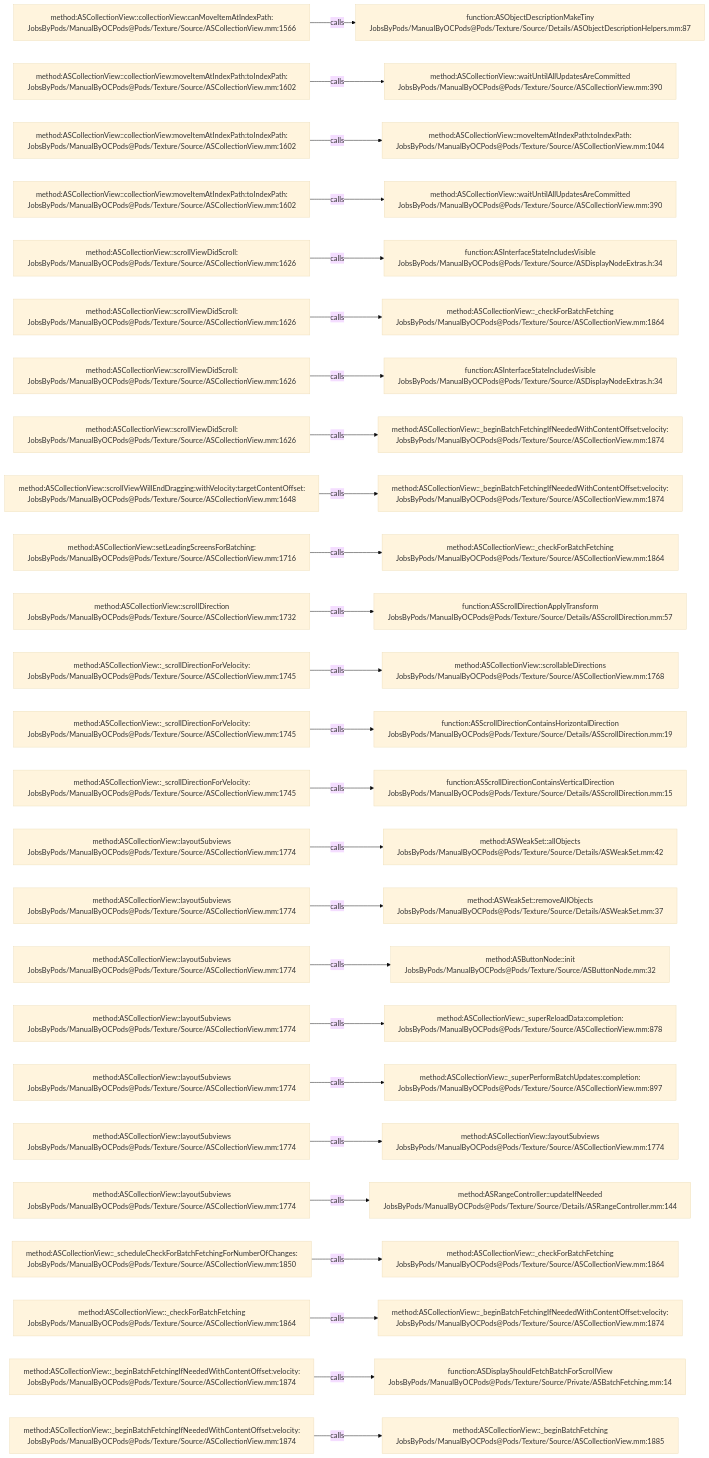
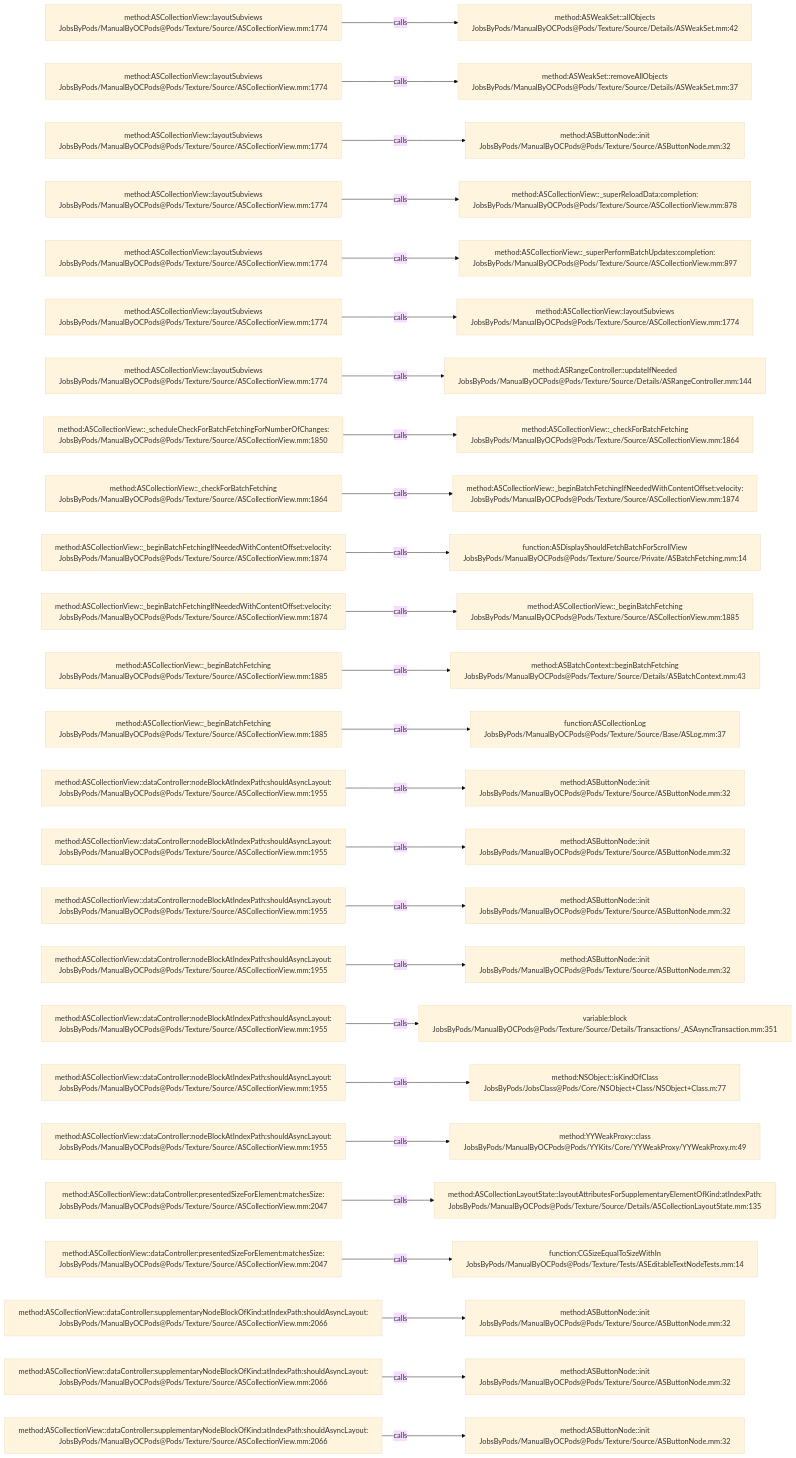
One commit to JobsKits/JobsOCBaseConfigDemo changed the diagram in .codegraph/codegraph.md/graphs/calls-084.md. Above: the diagram before and after it, drawn with Mermaid (base theme). The commit also changed 296 other files, not shown here.

````diff
--- a/.codegraph/codegraph.md/graphs/calls-084.md
+++ b/.codegraph/codegraph.md/graphs/calls-084.md
@@ -13,78 +13,78 @@
 ```mermaid
 flowchart LR
-  S1["method:ASCollectionView::collectionView:canMoveItemAtIndexPath:<br/>JobsByPods/ManualByOCPods@Pods/Texture/Source/ASCollectionView.mm:1566"]
-  T1["function:ASObjectDescriptionMakeTiny<br/>JobsByPods/ManualByOCPods@Pods/Texture/Source/Details/ASObjectDescriptionHelpers.mm:87"]
+  S1["method:ASCollectionView::layoutSubviews<br/>JobsByPods/ManualByOCPods@Pods/Texture/Source/ASCollectionView.mm:1774"]
+  T1["method:ASWeakSet::allObjects<br/>JobsByPods/ManualByOCPods@Pods/Texture/Source/Details/ASWeakSet.mm:42"]
   S1 -->|calls| T1
-  S2["method:ASCollectionView::collectionView:moveItemAtIndexPath:toIndexPath:<br/>JobsByPods/ManualByOCPods@Pods/Texture/Source/ASCollectionView.mm:1602"]
-  T2["method:ASCollectionView::waitUntilAllUpdatesAreCommitted<br/>JobsByPods/ManualByOCPods@Pods/Texture/Source/ASCollectionView.mm:390"]
+  S2["method:ASCollectionView::layoutSubviews<br/>JobsByPods/ManualByOCPods@Pods/Texture/Source/ASCollectionView.mm:1774"]
+  T2["method:ASWeakSet::removeAllObjects<br/>JobsByPods/ManualByOCPods@Pods/Texture/Source/Details/ASWeakSet.mm:37"]
   S2 -->|calls| T2
-  S3["method:ASCollectionView::collectionView:moveItemAtIndexPath:toIndexPath:<br/>JobsByPods/ManualByOCPods@Pods/Texture/Source/ASCollectionView.mm:1602"]
-  T3["method:ASCollectionView::moveItemAtIndexPath:toIndexPath:<br/>JobsByPods/ManualByOCPods@Pods/Texture/Source/ASCollectionView.mm:1044"]
+  S3["method:ASCollectionView::layoutSubviews<br/>JobsByPods/ManualByOCPods@Pods/Texture/Source/ASCollectionView.mm:1774"]
+  T3["method:ASButtonNode::init<br/>JobsByPods/ManualByOCPods@Pods/Texture/Source/ASButtonNode.mm:32"]
   S3 -->|calls| T3
-  S4["method:ASCollectionView::collectionView:moveItemAtIndexPath:toIndexPath:<br/>JobsByPods/ManualByOCPods@Pods/Texture/Source/ASCollectionView.mm:1602"]
-  T4["method:ASCollectionView::waitUntilAllUpdatesAreCommitted<br/>JobsByPods/ManualByOCPods@Pods/Texture/Source/ASCollectionView.mm:390"]
+  S4["method:ASCollectionView::layoutSubviews<br/>JobsByPods/ManualByOCPods@Pods/Texture/Source/ASCollectionView.mm:1774"]
+  T4["method:ASCollectionView::_superReloadData:completion:<br/>JobsByPods/ManualByOCPods@Pods/Texture/Source/ASCollectionView.mm:878"]
   S4 -->|calls| T4
-  S5["method:ASCollectionView::scrollViewDidScroll:<br/>JobsByPods/ManualByOCPods@Pods/Texture/Source/ASCollectionView.mm:1626"]
-  T5["function:ASInterfaceStateIncludesVisible<br/>JobsByPods/ManualByOCPods@Pods/Texture/Source/ASDisplayNodeExtras.h:34"]
+  S5["method:ASCollectionView::layoutSubviews<br/>JobsByPods/ManualByOCPods@Pods/Texture/Source/ASCollectionView.mm:1774"]
+  T5["method:ASCollectionView::_superPerformBatchUpdates:completion:<br/>JobsByPods/ManualByOCPods@Pods/Texture/Source/ASCollectionView.mm:897"]
   S5 -->|calls| T5
-  S6["method:ASCollectionView::scrollViewDidScroll:<br/>JobsByPods/ManualByOCPods@Pods/Texture/Source/ASCollectionView.mm:1626"]
-  T6["method:ASCollectionView::_checkForBatchFetching<br/>JobsByPods/ManualByOCPods@Pods/Texture/Source/ASCollectionView.mm:1864"]
+  S6["method:ASCollectionView::layoutSubviews<br/>JobsByPods/ManualByOCPods@Pods/Texture/Source/ASCollectionView.mm:1774"]
+  T6["method:ASCollectionView::layoutSubviews<br/>JobsByPods/ManualByOCPods@Pods/Texture/Source/ASCollectionView.mm:1774"]
   S6 -->|calls| T6
-  S7["method:ASCollectionView::scrollViewDidScroll:<br/>JobsByPods/ManualByOCPods@Pods/Texture/Source/ASCollectionView.mm:1626"]
-  T7["function:ASInterfaceStateIncludesVisible<br/>JobsByPods/ManualByOCPods@Pods/Texture/Source/ASDisplayNodeExtras.h:34"]
+  S7["method:ASCollectionView::layoutSubviews<br/>JobsByPods/ManualByOCPods@Pods/Texture/Source/ASCollectionView.mm:1774"]
+  T7["method:ASRangeController::updateIfNeeded<br/>JobsByPods/ManualByOCPods@Pods/Texture/Source/Details/ASRangeController.mm:144"]
   S7 -->|calls| T7
-  S8["method:ASCollectionView::scrollViewDidScroll:<br/>JobsByPods/ManualByOCPods@Pods/Texture/Source/ASCollectionView.mm:1626"]
-  T8["method:ASCollectionView::_beginBatchFetchingIfNeededWithContentOffset:velocity:<br/>JobsByPods/ManualByOCPods@Pods/Texture/Source/ASCollectionView.mm:1874"]
+  S8["method:ASCollectionView::_scheduleCheckForBatchFetchingForNumberOfChanges:<br/>JobsByPods/ManualByOCPods@Pods/Texture/Source/ASCollectionView.mm:1850"]
+  T8["method:ASCollectionView::_checkForBatchFetching<br/>JobsByPods/ManualByOCPods@Pods/Texture/Source/ASCollectionView.mm:1864"]
   S8 -->|calls| T8
-  S9["method:ASCollectionView::scrollViewWillEndDragging:withVelocity:targetContentOffset:<br/>JobsByPods/ManualByOCPods@Pods/Texture/Source/ASCollectionView.mm:1648"]
+  S9["method:ASCollectionView::_checkForBatchFetching<br/>JobsByPods/ManualByOCPods@Pods/Texture/Source/ASCollectionView.mm:1864"]
   T9["method:ASCollectionView::_beginBatchFetchingIfNeededWithContentOffset:velocity:<br/>JobsByPods/ManualByOCPods@Pods/Texture/Source/ASCollectionView.mm:1874"]
   S9 -->|calls| T9
-  S10["method:ASCollectionView::setLeadingScreensForBatching:<br/>JobsByPods/ManualByOCPods@Pods/Texture/Source/ASCollectionView.mm:1716"]
-  T10["method:ASCollectionView::_checkForBatchFetching<br/>JobsByPods/ManualByOCPods@Pods/Texture/Source/ASCollectionView.mm:1864"]
+  S10["method:ASCollectionView::_beginBatchFetchingIfNeededWithContentOffset:velocity:<br/>JobsByPods/ManualByOCPods@Pods/Texture/Source/ASCollectionView.mm:1874"]
+  T10["function:ASDisplayShouldFetchBatchForScrollView<br/>JobsByPods/ManualByOCPods@Pods/Texture/Source/Private/ASBatchFetching.mm:14"]
   S10 -->|calls| T10
-  S11["method:ASCollectionView::scrollDirection<br/>JobsByPods/ManualByOCPods@Pods/Texture/Source/ASCollectionView.mm:1732"]
-  T11["function:ASScrollDirectionApplyTransform<br/>JobsByPods/ManualByOCPods@Pods/Texture/Source/Details/ASScrollDirection.mm:57"]
+  S11["method:ASCollectionView::_beginBatchFetchingIfNeededWithContentOffset:velocity:<br/>JobsByPods/ManualByOCPods@Pods/Texture/Source/ASCollectionView.mm:1874"]
+  T11["method:ASCollectionView::_beginBatchFetching<br/>JobsByPods/ManualByOCPods@Pods/Texture/Source/ASCollectionView.mm:1885"]
   S11 -->|calls| T11
-  S12["method:ASCollectionView::_scrollDirectionForVelocity:<br/>JobsByPods/ManualByOCPods@Pods/Texture/Source/ASCollectionView.mm:1745"]
-  T12["method:ASCollectionView::scrollableDirections<br/>JobsByPods/ManualByOCPods@Pods/Texture/Source/ASCollectionView.mm:1768"]
+  S12["method:ASCollectionView::_beginBatchFetching<br/>JobsByPods/ManualByOCPods@Pods/Texture/Source/ASCollectionView.mm:1885"]
+  T12["method:ASBatchContext::beginBatchFetching<br/>JobsByPods/ManualByOCPods@Pods/Texture/Source/Details/ASBatchContext.mm:43"]
   S12 -->|calls| T12
-  S13["method:ASCollectionView::_scrollDirectionForVelocity:<br/>JobsByPods/ManualByOCPods@Pods/Texture/Source/ASCollectionView.mm:1745"]
-  T13["function:ASScrollDirectionContainsHorizontalDirection<br/>JobsByPods/ManualByOCPods@Pods/Texture/Source/Details/ASScrollDirection.mm:19"]
+  S13["method:ASCollectionView::_beginBatchFetching<br/>JobsByPods/ManualByOCPods@Pods/Texture/Source/ASCollectionView.mm:1885"]
+  T13["function:ASCollectionLog<br/>JobsByPods/ManualByOCPods@Pods/Texture/Source/Base/ASLog.mm:37"]
   S13 -->|calls| T13
-  S14["method:ASCollectionView::_scrollDirectionForVelocity:<br/>JobsByPods/ManualByOCPods@Pods/Texture/Source/ASCollectionView.mm:1745"]
-  T14["function:ASScrollDirectionContainsVerticalDirection<br/>JobsByPods/ManualByOCPods@Pods/Texture/Source/Details/ASScrollDirection.mm:15"]
+  S14["method:ASCollectionView::dataController:nodeBlockAtIndexPath:shouldAsyncLayout:<br/>JobsByPods/ManualByOCPods@Pods/Texture/Source/ASCollectionView.mm:1955"]
+  T14["method:ASButtonNode::init<br/>JobsByPods/ManualByOCPods@Pods/Texture/Source/ASButtonNode.mm:32"]
   S14 -->|calls| T14
-  S15["method:ASCollectionView::layoutSubviews<br/>JobsByPods/ManualByOCPods@Pods/Texture/Source/ASCollectionView.mm:1774"]
-  T15["method:ASWeakSet::allObjects<br/>JobsByPods/ManualByOCPods@Pods/Texture/Source/Details/ASWeakSet.mm:42"]
+  S15["method:ASCollectionView::dataController:nodeBlockAtIndexPath:shouldAsyncLayout:<br/>JobsByPods/ManualByOCPods@Pods/Texture/Source/ASCollectionView.mm:1955"]
+  T15["method:ASButtonNode::init<br/>JobsByPods/ManualByOCPods@Pods/Texture/Source/ASButtonNode.mm:32"]
   S15 -->|calls| T15
-  S16["method:ASCollectionView::layoutSubviews<br/>JobsByPods/ManualByOCPods@Pods/Texture/Source/ASCollectionView.mm:1774"]
-  T16["method:ASWeakSet::removeAllObjects<br/>JobsByPods/ManualByOCPods@Pods/Texture/Source/Details/ASWeakSet.mm:37"]
+  S16["method:ASCollectionView::dataController:nodeBlockAtIndexPath:shouldAsyncLayout:<br/>JobsByPods/ManualByOCPods@Pods/Texture/Source/ASCollectionView.mm:1955"]
+  T16["method:ASButtonNode::init<br/>JobsByPods/ManualByOCPods@Pods/Texture/Source/ASButtonNode.mm:32"]
   S16 -->|calls| T16
-  S17["method:ASCollectionView::layoutSubviews<br/>JobsByPods/ManualByOCPods@Pods/Texture/Source/ASCollectionView.mm:1774"]
+  S17["method:ASCollectionView::dataController:nodeBlockAtIndexPath:shouldAsyncLayout:<br/>JobsByPods/ManualByOCPods@Pods/Texture/Source/ASCollectionView.mm:1955"]
   T17["method:ASButtonNode::init<br/>JobsByPods/ManualByOCPods@Pods/Texture/Source/ASButtonNode.mm:32"]
   S17 -->|calls| T17
-  S18["method:ASCollectionView::layoutSubviews<br/>JobsByPods/ManualByOCPods@Pods/Texture/Source/ASCollectionView.mm:1774"]
-  T18["method:ASCollectionView::_superReloadData:completion:<br/>JobsByPods/ManualByOCPods@Pods/Texture/Source/ASCollectionView.mm:878"]
+  S18["method:ASCollectionView::dataController:nodeBlockAtIndexPath:shouldAsyncLayout:<br/>JobsByPods/ManualByOCPods@Pods/Texture/Source/ASCollectionView.mm:1955"]
+  T18["variable:block<br/>JobsByPods/ManualByOCPods@Pods/Texture/Source/Details/Transactions/_ASAsyncTransaction.mm:351"]
   S18 -->|calls| T18
-  S19["method:ASCollectionView::layoutSubviews<br/>JobsByPods/ManualByOCPods@Pods/Texture/Source/ASCollectionView.mm:1774"]
-  T19["method:ASCollectionView::_superPerformBatchUpdates:completion:<br/>JobsByPods/ManualByOCPods@Pods/Texture/Source/ASCollectionView.mm:897"]
+  S19["method:ASCollectionView::dataController:nodeBlockAtIndexPath:shouldAsyncLayout:<br/>JobsByPods/ManualByOCPods@Pods/Texture/Source/ASCollectionView.mm:1955"]
+  T19["method:NSObject::isKindOfClass<br/>JobsByPods/JobsClass@Pods/Core/NSObject+Class/NSObject+Class.m:77"]
   S19 -->|calls| T19
-  S20["method:ASCollectionView::layoutSubviews<br/>JobsByPods/ManualByOCPods@Pods/Texture/Source/ASCollectionView.mm:1774"]
-  T20["method:ASCollectionView::layoutSubviews<br/>JobsByPods/ManualByOCPods@Pods/Texture/Source/ASCollectionView.mm:1774"]
+  S20["method:ASCollectionView::dataController:nodeBlockAtIndexPath:shouldAsyncLayout:<br/>JobsByPods/ManualByOCPods@Pods/Texture/Source/ASCollectionView.mm:1955"]
+  T20["method:YYWeakProxy::class<br/>JobsByPods/ManualByOCPods@Pods/YYKits/Core/YYWeakProxy/YYWeakProxy.m:49"]
   S20 -->|calls| T20
-  S21["method:ASCollectionView::layoutSubviews<br/>JobsByPods/ManualByOCPods@Pods/Texture/Source/ASCollectionView.mm:1774"]
-  T21["method:ASRangeController::updateIfNeeded<br/>JobsByPods/ManualByOCPods@Pods/Texture/Source/Details/ASRangeController.mm:144"]
+  S21["method:ASCollectionView::dataController:presentedSizeForElement:matchesSize:<br/>JobsByPods/ManualByOCPods@Pods/Texture/Source/ASCollectionView.mm:2047"]
+  T21["method:ASCollectionLayoutState::layoutAttributesForSupplementaryElementOfKind:atIndexPath:<br/>JobsByPods/ManualByOCPods@Pods/Texture/Source/Details/ASCollectionLayoutState.mm:135"]
   S21 -->|calls| T21
-  S22["method:ASCollectionView::_scheduleCheckForBatchFetchingForNumberOfChanges:<br/>JobsByPods/ManualByOCPods@Pods/Texture/Source/ASCollectionView.mm:1850"]
-  T22["method:ASCollectionView::_checkForBatchFetching<br/>JobsByPods/ManualByOCPods@Pods/Texture/Source/ASCollectionView.mm:1864"]
+  S22["method:ASCollectionView::dataController:presentedSizeForElement:matchesSize:<br/>JobsByPods/ManualByOCPods@Pods/Texture/Source/ASCollectionView.mm:2047"]
+  T22["function:CGSizeEqualToSizeWithIn<br/>JobsByPods/ManualByOCPods@Pods/Texture/Tests/ASEditableTextNodeTests.mm:14"]
   S22 -->|calls| T22
-  S23["method:ASCollectionView::_checkForBatchFetching<br/>JobsByPods/ManualByOCPods@Pods/Texture/Source/ASCollectionView.mm:1864"]
-  T23["method:ASCollectionView::_beginBatchFetchingIfNeededWithContentOffset:velocity:<br/>JobsByPods/ManualByOCPods@Pods/Texture/Source/ASCollectionView.mm:1874"]
+  S23["method:ASCollectionView::dataController:supplementaryNodeBlockOfKind:atIndexPath:shouldAsyncLayout:<br/>JobsByPods/ManualByOCPods@Pods/Texture/Source/ASCollectionView.mm:2066"]
+  T23["method:ASButtonNode::init<br/>JobsByPods/ManualByOCPods@Pods/Texture/Source/ASButtonNode.mm:32"]
   S23 -->|calls| T23
-  S24["method:ASCollectionView::_beginBatchFetchingIfNeededWithContentOffset:velocity:<br/>JobsByPods/ManualByOCPods@Pods/Texture/Source/ASCollectionView.mm:1874"]
-  T24["function:ASDisplayShouldFetchBatchForScrollView<br/>JobsByPods/ManualByOCPods@Pods/Texture/Source/Private/ASBatchFetching.mm:14"]
+  S24["method:ASCollectionView::dataController:supplementaryNodeBlockOfKind:atIndexPath:shouldAsyncLayout:<br/>JobsByPods/ManualByOCPods@Pods/Texture/Source/ASCollectionView.mm:2066"]
+  T24["method:ASButtonNode::init<br/>JobsByPods/ManualByOCPods@Pods/Texture/Source/ASButtonNode.mm:32"]
   S24 -->|calls| T24
-  S25["method:ASCollectionView::_beginBatchFetchingIfNeededWithContentOffset:velocity:<br/>JobsByPods/ManualByOCPods@Pods/Texture/Source/ASCollectionView.mm:1874"]
-  T25["method:ASCollectionView::_beginBatchFetching<br/>JobsByPods/ManualByOCPods@Pods/Texture/Source/ASCollectionView.mm:1885"]
+  S25["method:ASCollectionView::dataController:supplementaryNodeBlockOfKind:atIndexPath:shouldAsyncLayout:<br/>JobsByPods/ManualByOCPods@Pods/Texture/Source/ASCollectionView.mm:2066"]
+  T25["method:ASButtonNode::init<br/>JobsByPods/ManualByOCPods@Pods/Texture/Source/ASButtonNode.mm:32"]
   S25 -->|calls| T25
 ```
````
